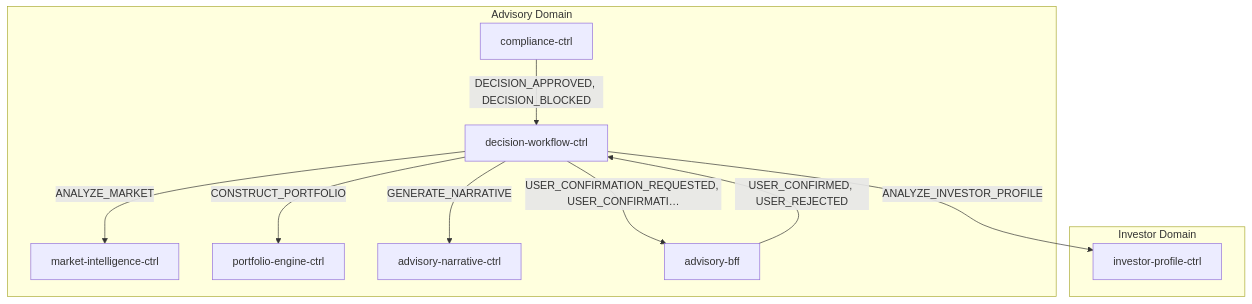
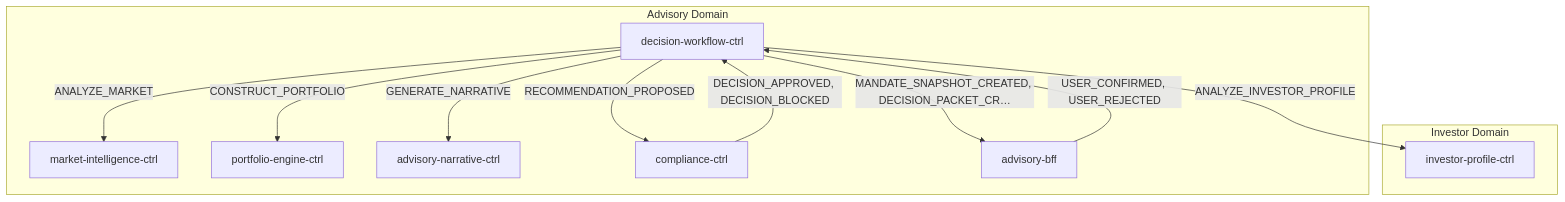
One commit to fabio-vitali/nestfolio changed the first of 2 diagrams in docs/data-flows/advisory-cycle.md. Above: the diagram before and after it, drawn with Mermaid. The commit also changed other lines of this file and 1 other file, not shown here.

First line of the commit message:
docs(data-flows): port advisory-cycle facts to flow yaml + regen

````diff
--- a/docs/data-flows/advisory-cycle.md
+++ b/docs/data-flows/advisory-cycle.md
@@ -11,21 +11,22 @@
 ```mermaid
 flowchart TD
     subgraph advisory["Advisory Domain"]
         decision_workflow_ctrl["decision-workflow-ctrl"]
         market_intelligence_ctrl["market-intelligence-ctrl"]
         portfolio_engine_ctrl["portfolio-engine-ctrl"]
         advisory_narrative_ctrl["advisory-narrative-ctrl"]
         compliance_ctrl["compliance-ctrl"]
         advisory_bff["advisory-bff"]
     end
     subgraph investor["Investor Domain"]
         investor_profile_ctrl["investor-profile-ctrl"]
     end
+    decision_workflow_ctrl -->|"MANDATE_SNAPSHOT_CREATED, DECISION_PACKET_CR…"| advisory_bff
     decision_workflow_ctrl -->|"ANALYZE_INVESTOR_PROFILE"| investor_profile_ctrl
     decision_workflow_ctrl -->|"ANALYZE_MARKET"| market_intelligence_ctrl
     decision_workflow_ctrl -->|"CONSTRUCT_PORTFOLIO"| portfolio_engine_ctrl
     decision_workflow_ctrl -->|"GENERATE_NARRATIVE"| advisory_narrative_ctrl
+    decision_workflow_ctrl -->|"RECOMMENDATION_PROPOSED"| compliance_ctrl
     compliance_ctrl -->|"DECISION_APPROVED, DECISION_BLOCKED"| decision_workflow_ctrl
-    decision_workflow_ctrl -->|"USER_CONFIRMATION_REQUESTED, USER_CONFIRMATI…"| advisory_bff
     advisory_bff -->|"USER_CONFIRMED, USER_REJECTED"| decision_workflow_ctrl
 ```
````
